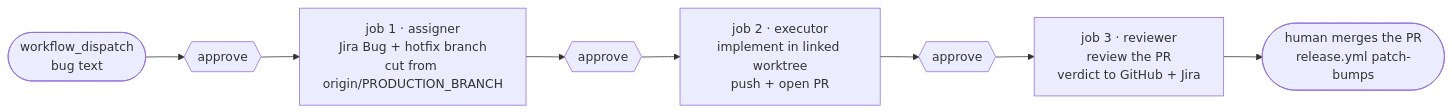
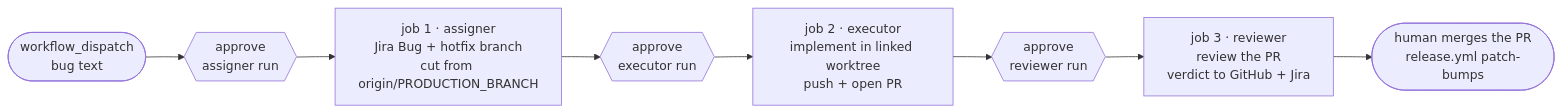
One commit to kantorv/jira-sdlc-tools changed the diagram in plugins/jira-sdlc/docs/applications/ci-hotfix-flow-demo.md. Above: the diagram before and after it, drawn with Mermaid.

Commit message:
JST-183 name what each approval gate releases in the demo-doc flowchart

````diff
--- a/plugins/jira-sdlc/docs/applications/ci-hotfix-flow-demo.md
+++ b/plugins/jira-sdlc/docs/applications/ci-hotfix-flow-demo.md
@@ -36,10 +36,10 @@
 ```mermaid
 flowchart LR
-    D([workflow_dispatch<br>bug text]) --> G1{{approve}}
+    D([workflow_dispatch<br>bug text]) --> G1{{"approve<br>assigner run"}}
     G1 --> J1["job 1 · assigner<br>Jira Bug + hotfix branch<br>cut from origin/PRODUCTION_BRANCH"]
-    J1 --> G2{{approve}}
+    J1 --> G2{{"approve<br>executor run"}}
     G2 --> J2["job 2 · executor<br>implement in linked worktree<br>push + open PR"]
-    J2 --> G3{{approve}}
+    J2 --> G3{{"approve<br>reviewer run"}}
     G3 --> J3["job 3 · reviewer<br>review the PR<br>verdict to GitHub + Jira"]
     J3 --> H([human merges the PR<br>release.yml patch-bumps])
 ```
````
